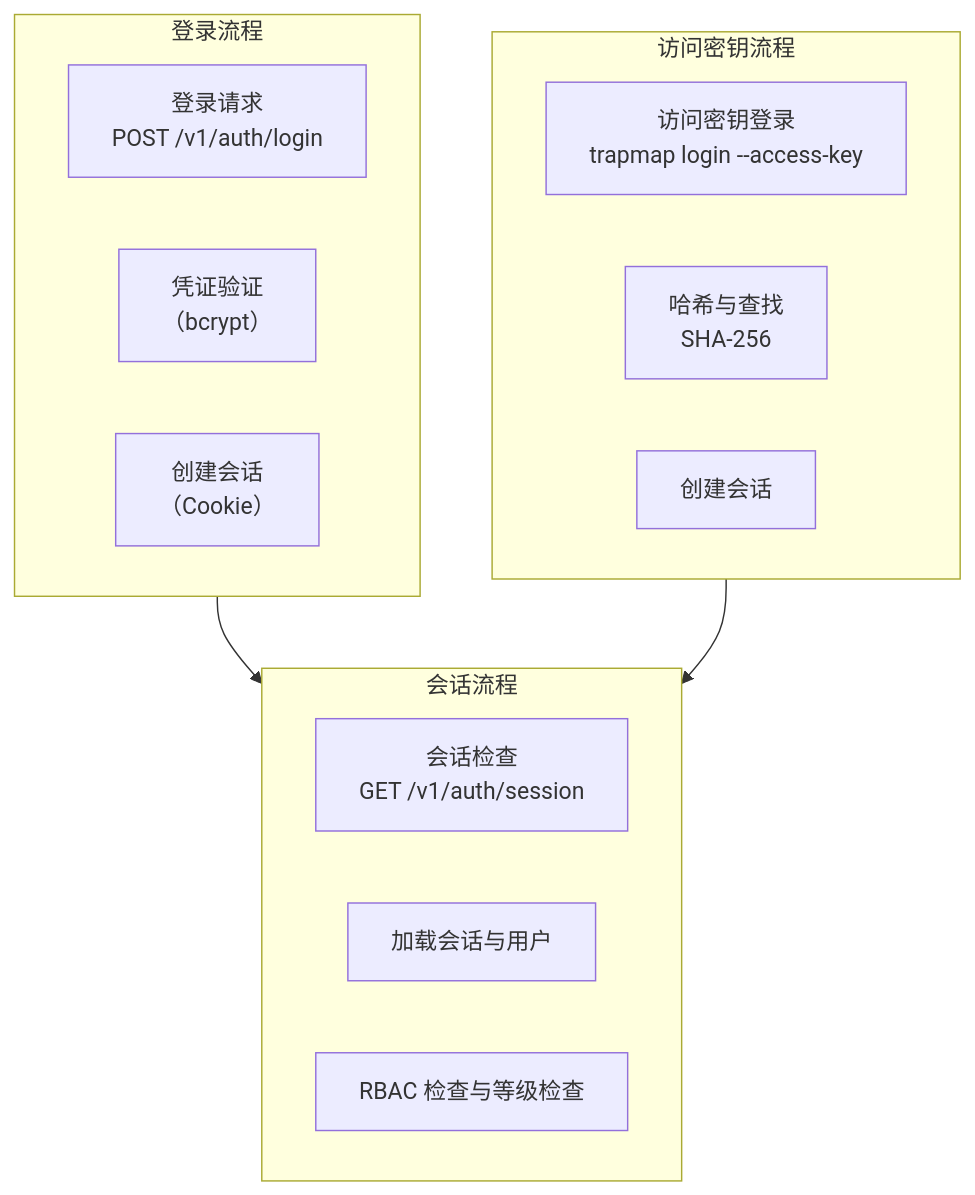
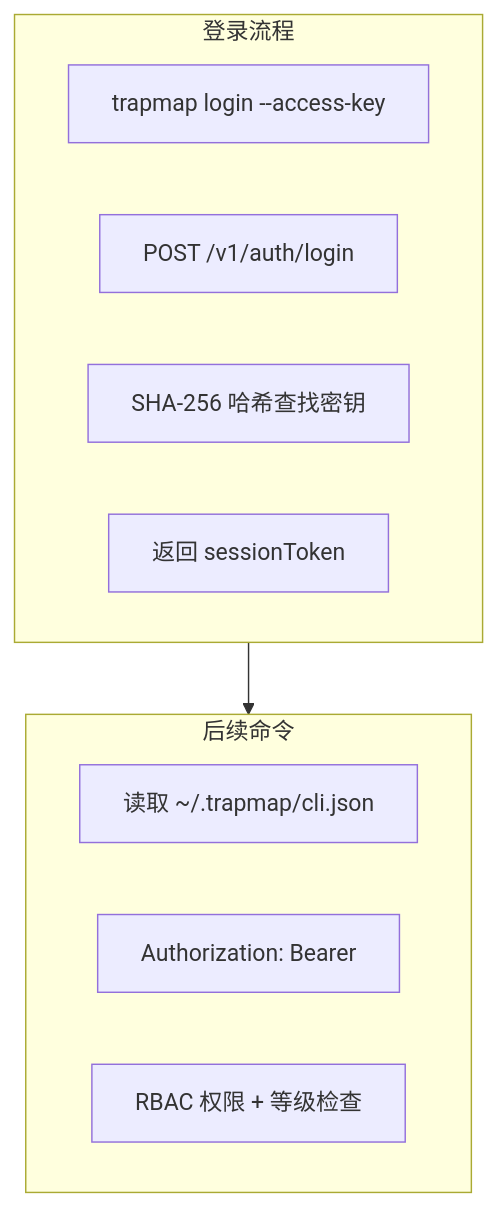
The diagram in docs/architecture/components/AUTH.md (pofossette/TrapMap-for-vibing), drawn with Mermaid before and after one commit. The commit also changed other lines of this file and 1 other file, not shown here.

First line of the commit message:
docs: converge AUTH and SECURITY docs to CLI-only auth posture

````diff
--- a/docs/architecture/components/AUTH.md
+++ b/docs/architecture/components/AUTH.md
@@ -11,23 +11,17 @@
 ```mermaid
 flowchart TB
     subgraph 登录流程["登录流程"]
-        A1["登录请求\nPOST /v1/auth/login"]
-        A2["凭证验证\n（bcrypt）"]
-        A3["创建会话\n（Cookie）"]
+        A1["trapmap login --access-key <key>"]
+        A2["POST /v1/auth/login"]
+        A3["SHA-256 哈希查找密钥"]
+        A4["返回 sessionToken"]
     end
 
-    subgraph 会话流程["会话流程"]
-        B1["会话检查\nGET /v1/auth/session"]
-        B2["加载会话与用户"]
-        B3["RBAC 检查与等级检查"]
+    subgraph 后续请求["后续命令"]
+        B1["读取 ~/.trapmap/cli.json"]
+        B2["Authorization: Bearer <token>"]
+        B3["RBAC 权限 + 等级检查"]
     end
 
-    subgraph 访问密钥流程["访问密钥流程"]
-        C1["访问密钥登录\ntrapmap login --access-key"]
-        C2["哈希与查找\nSHA-256"]
-        C3["创建会话"]
-    end
-
-    登录流程 --> 会话流程
-    访问密钥流程 --> 会话流程
+    登录流程 --> 后续请求
 ```
````
